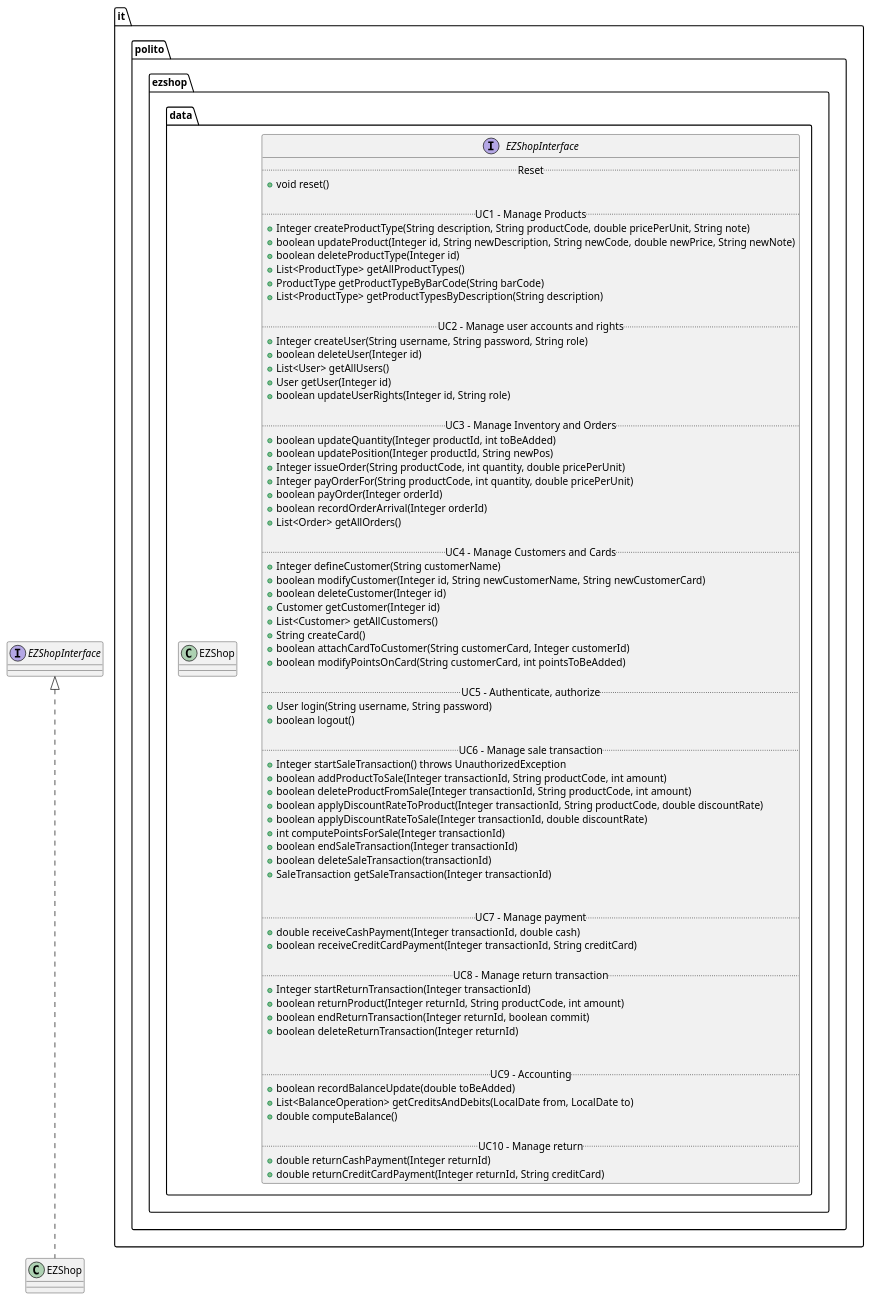
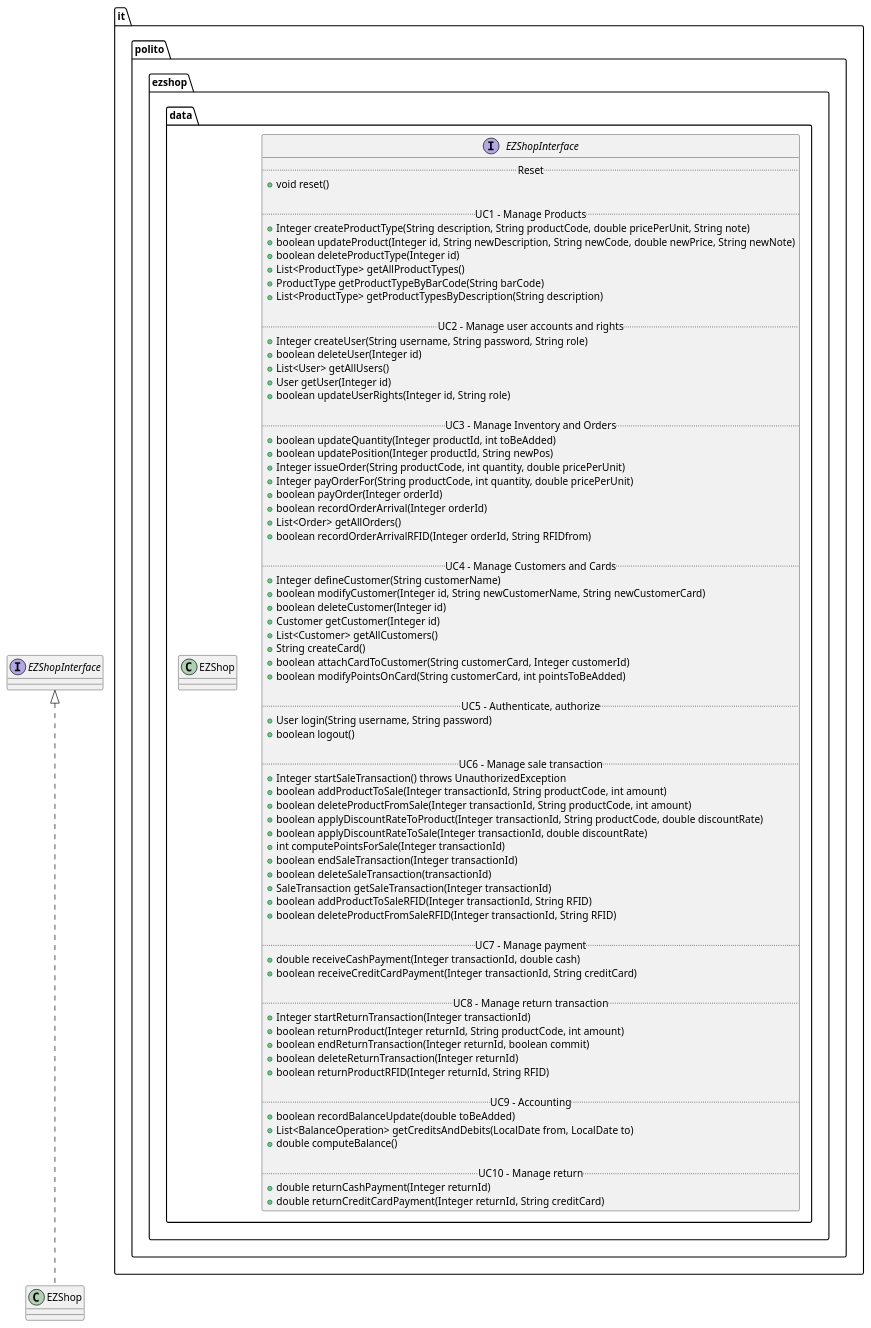
The second of 27 diagrams in Deliverables/DesignDocument.md (Stormz4/group20-EzShop), drawn with PlantUML before and after one commit. The commit also changed other lines of this file, not shown here.

Commit message:
Doc: RFID update

```diff
--- a/Deliverables/DesignDocument.md
+++ b/Deliverables/DesignDocument.md
@@ -89,6 +90,7 @@
     +boolean payOrder(Integer orderId)
     +boolean recordOrderArrival(Integer orderId)
     +List<Order> getAllOrders()
+    +boolean recordOrderArrivalRFID(Integer orderId, String RFIDfrom)
     
     .. UC4 - Manage Customers and Cards ..
     +Integer defineCustomer(String customerName)
@@ -114,7 +116,8 @@
     +boolean endSaleTransaction(Integer transactionId)
     +boolean deleteSaleTransaction(transactionId)
     +SaleTransaction getSaleTransaction(Integer transactionId)
-  
+    +boolean addProductToSaleRFID(Integer transactionId, String RFID)
+    +boolean deleteProductFromSaleRFID(Integer transactionId, String RFID)
 
     .. UC7 - Manage payment ..
     +double receiveCashPayment(Integer transactionId, double cash)
@@ -125,7 +128,7 @@
     +boolean returnProduct(Integer returnId, String productCode, int amount)
     +boolean endReturnTransaction(Integer returnId, boolean commit)
     +boolean deleteReturnTransaction(Integer returnId)
-    
+    +boolean returnProductRFID(Integer returnId, String RFID)
 
     .. UC9 - Accounting ..
     +boolean recordBalanceUpdate(double toBeAdded)
```
